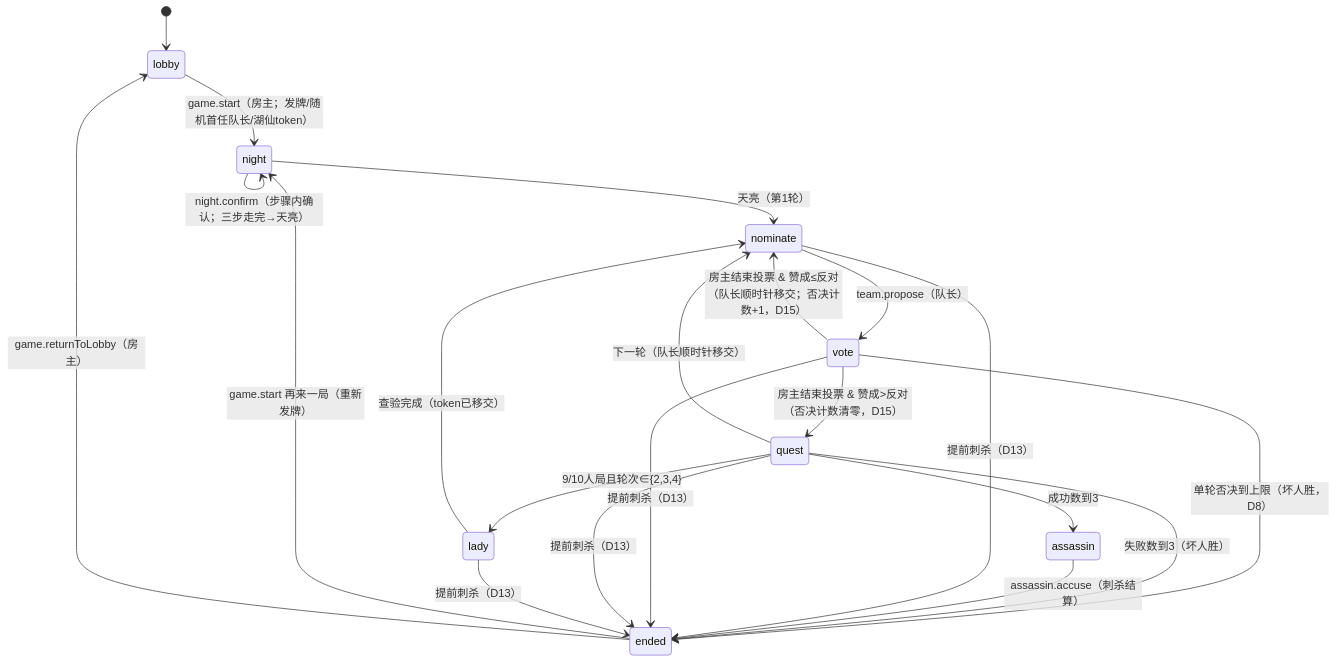
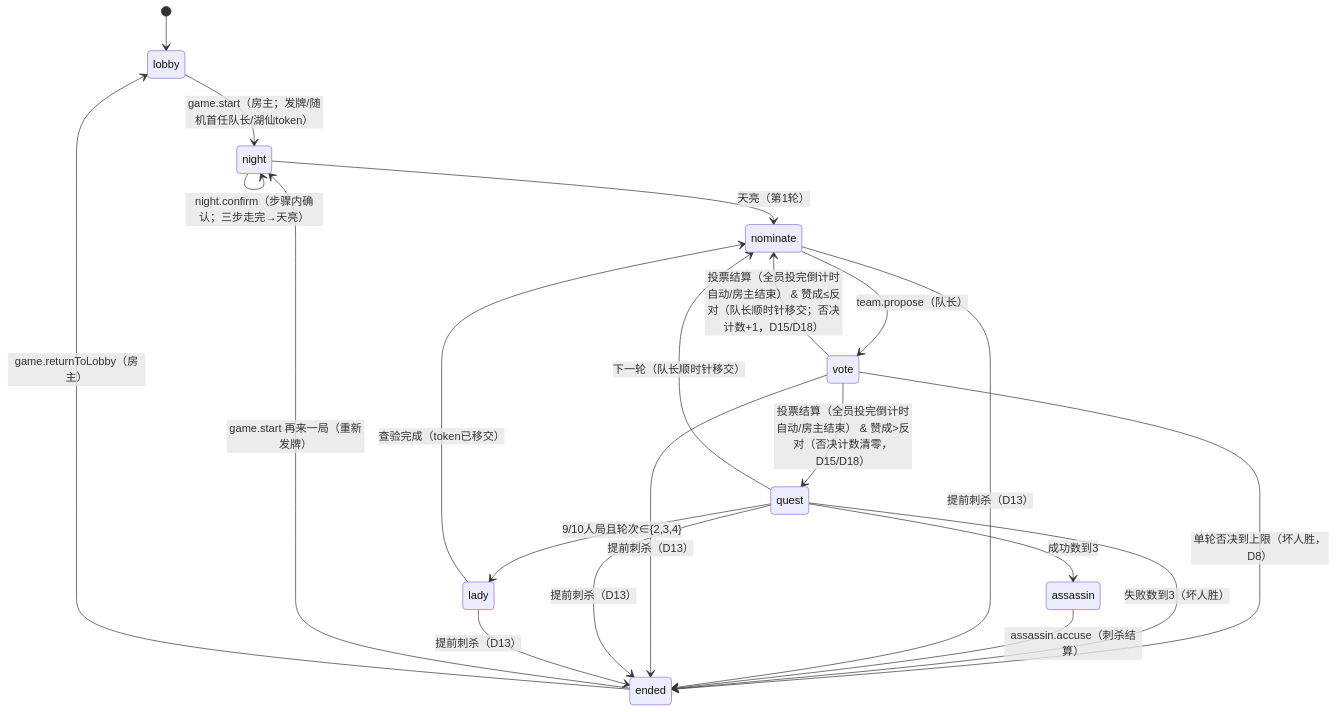
One commit to olveryu/WerewolfGameJudge changed the diagram in docs/avalon-game-design.md. Above: the diagram before and after it, drawn with Mermaid. The commit also changed other lines of this file and 40 other files, not shown here.

First line of the commit message:
feat(avalon): flow redesign — auto-settle countdowns, action modals, seat-board picking, night badges (#132)

````diff
--- a/docs/avalon-game-design.md
+++ b/docs/avalon-game-design.md
@@ -249,23 +250,23 @@
 ```mermaid
 stateDiagram-v2
     [*] --> lobby
     lobby --> night: game.start（房主；发牌/随机首任队长/湖仙token）
     night --> night: night.confirm（步骤内确认；三步走完→天亮）
     night --> nominate: 天亮（第1轮）
     nominate --> vote: team.propose（队长）
-    vote --> quest: 房主结束投票 & 赞成>反对（否决计数清零，D15）
-    vote --> nominate: 房主结束投票 & 赞成≤反对（队长顺时针移交；否决计数+1，D15）
+    vote --> quest: 投票结算（全员投完倒计时自动/房主结束） & 赞成>反对（否决计数清零，D15/D18）
+    vote --> nominate: 投票结算（全员投完倒计时自动/房主结束） & 赞成≤反对（队长顺时针移交；否决计数+1，D15/D18）
     vote --> ended: 单轮否决到上限（坏人胜，D8）
     quest --> lady: 9/10人局且轮次∈{2,3,4}
     quest --> nominate: 下一轮（队长顺时针移交）
     quest --> assassin: 成功数到3
     quest --> ended: 失败数到3（坏人胜）
     lady --> nominate: 查验完成（token已移交）
     assassin --> ended: assassin.accuse（刺杀结算）
     nominate --> ended: 提前刺杀（D13）
     vote --> ended: 提前刺杀（D13）
     quest --> ended: 提前刺杀（D13）
     lady --> ended: 提前刺杀（D13）
     ended --> night: game.start 再来一局（重新发牌）
     ended --> lobby: game.returnToLobby（房主）
 ```
````
